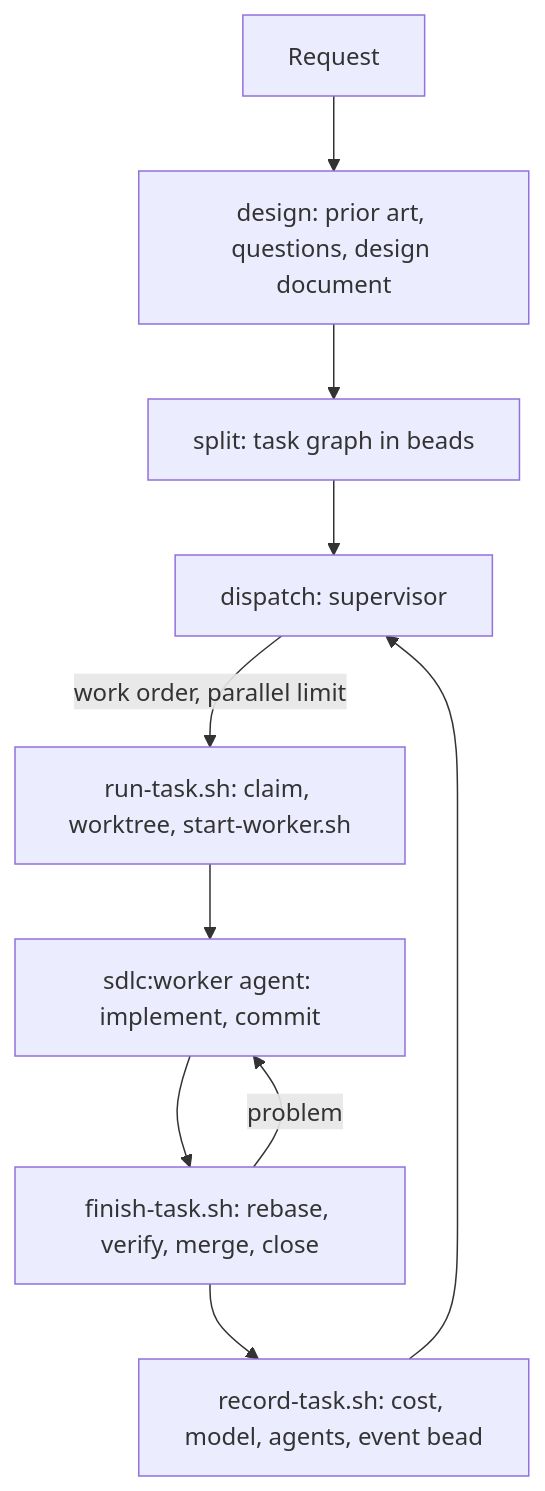
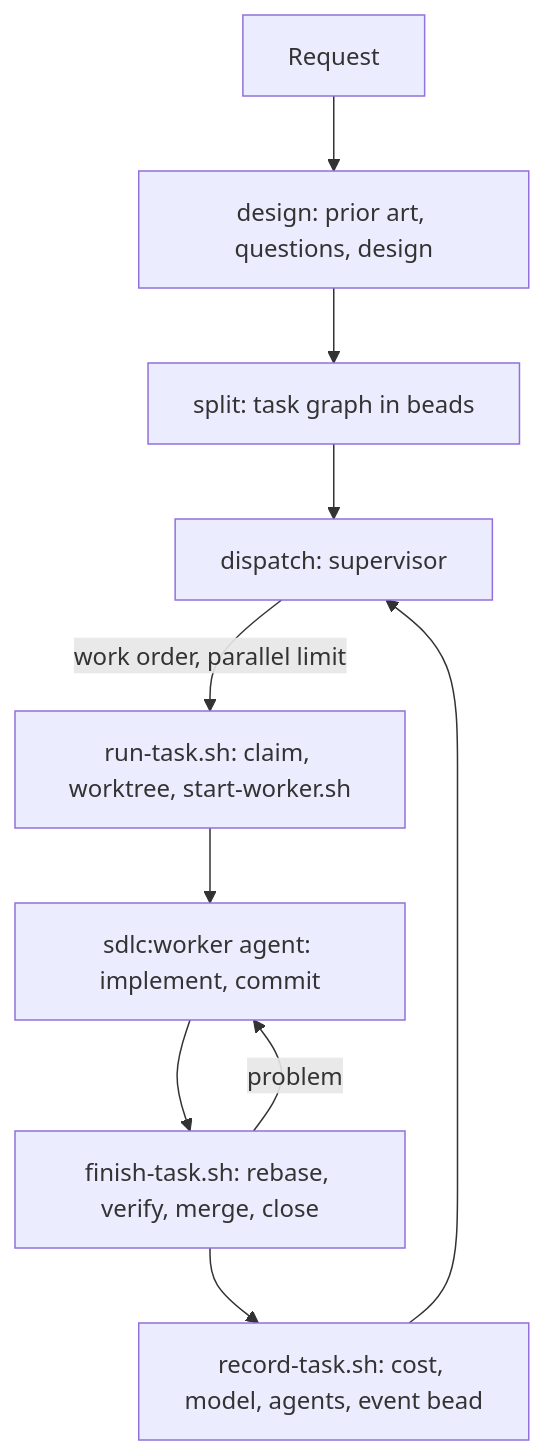
Before and after one commit to Igosuki/agentic-sdlc: the diagram in docs/workflow.md, drawn with Mermaid. The commit also changed other lines of this file and 8 other files, not shown here.

First line of the commit message:
Design states its design in the session instead of writing a document, and drop design_dir

````diff
--- a/docs/workflow.md
+++ b/docs/workflow.md
@@ -5,12 +5,12 @@
 ```mermaid
 flowchart TD
-  A[Request] --> B[design: prior art, questions, design document]
+  A[Request] --> B[design: prior art, questions, design]
   B --> C[split: task graph in beads]
   C --> D[dispatch: supervisor]
   D -->|work order, parallel limit| E[run-task.sh: claim, worktree, start-worker.sh]
   E --> F[sdlc:worker agent: implement, commit]
   F --> G[finish-task.sh: rebase, verify, merge, close]
   G -->|problem| F
   G --> H[record-task.sh: cost, model, agents, event bead]
   H --> D
 ```
````
